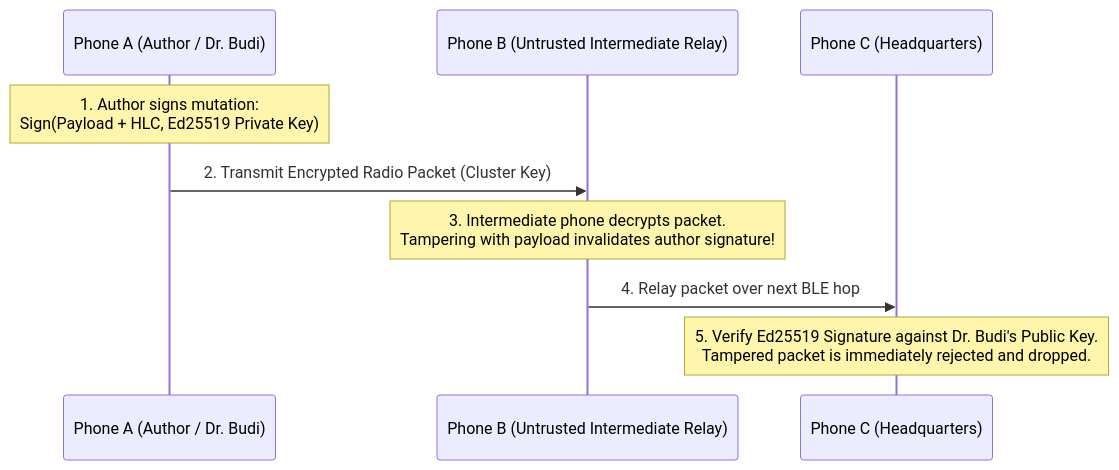
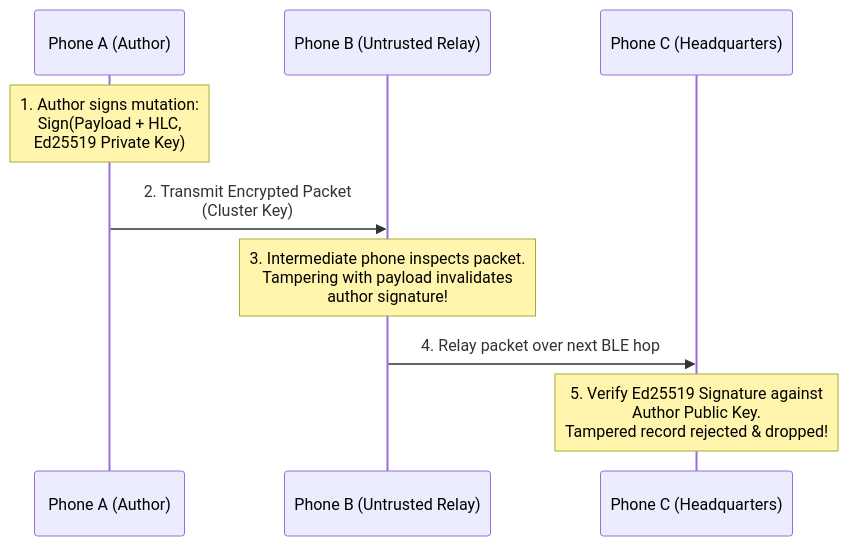
One commit to untacorp/airdb changed the second of 2 diagrams in docs/manual/cryptography/security-mesh.md. Above: the diagram before and after it, drawn with Mermaid. The commit also changed other lines of this file and 6 other files, not shown here.

Commit message:
docs: optimize mermaid label wrapping and responsive containment css

````diff
--- a/docs/manual/cryptography/security-mesh.md
+++ b/docs/manual/cryptography/security-mesh.md
@@ -51,12 +51,12 @@
 ```mermaid
 sequenceDiagram
-    participant A as Phone A (Author / Dr. Budi)
-    participant B as Phone B (Untrusted Intermediate Relay)
+    participant A as Phone A (Author)
+    participant B as Phone B (Untrusted Relay)
     participant C as Phone C (Headquarters)
 
-    Note over A: 1. Author signs mutation:<br/>Sign(Payload + HLC, Ed25519 Private Key)
-    A->>B: 2. Transmit Encrypted Radio Packet (Cluster Key)
-    Note over B: 3. Intermediate phone decrypts packet.<br/>Tampering with payload invalidates author signature!
+    Note over A: 1. Author signs mutation:<br/>Sign(Payload + HLC,<br/>Ed25519 Private Key)
+    A->>B: 2. Transmit Encrypted Packet<br/>(Cluster Key)
+    Note over B: 3. Intermediate phone inspects packet.<br/>Tampering with payload invalidates<br/>author signature!
     B->>C: 4. Relay packet over next BLE hop
-    Note over C: 5. Verify Ed25519 Signature against Dr. Budi's Public Key.<br/>Tampered packet is immediately rejected and dropped.
+    Note over C: 5. Verify Ed25519 Signature against<br/>Author Public Key.<br/>Tampered record rejected & dropped!
 ```
````
